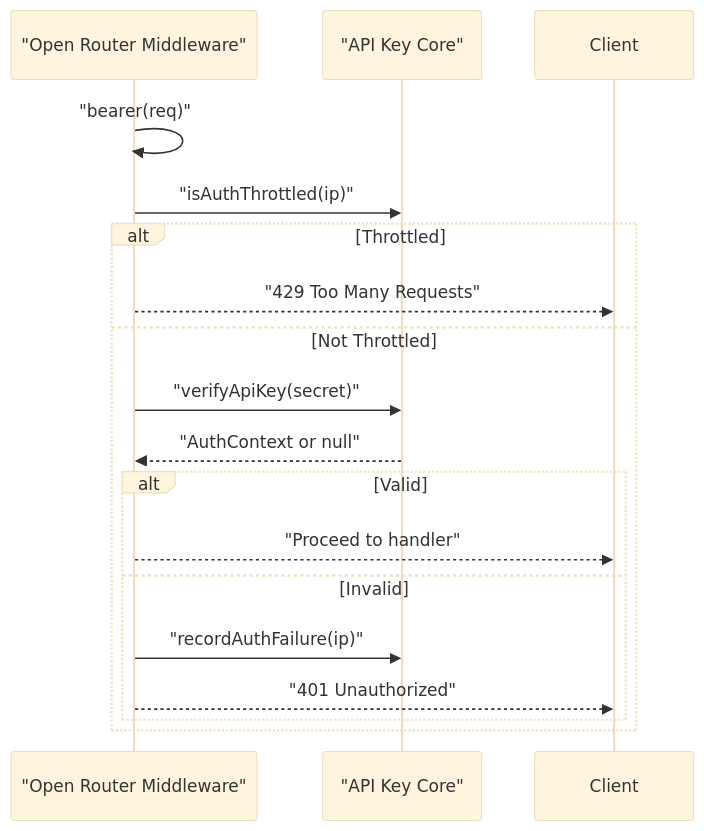
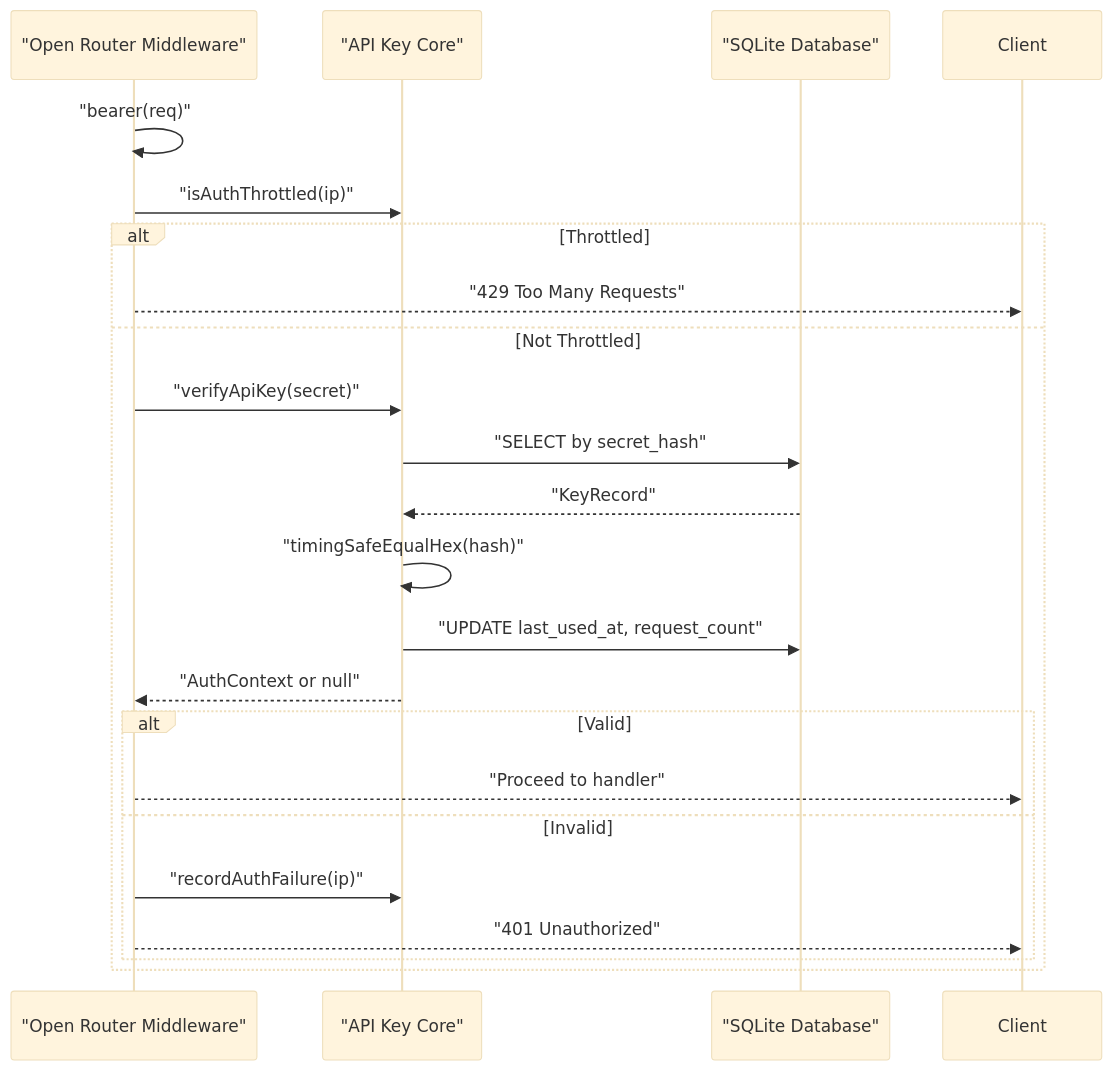
The seventh of 10 diagrams in .qoder/repowiki/en/content/Security & Authentication/API Key Management.md (dlutwuwei/mihome-web), drawn with Mermaid (base theme) before and after one commit. The commit also changed other lines of this file and 84 other files, not shown here.

````diff
--- a/.qoder/repowiki/en/content/Security & Authentication/API Key Management.md
+++ b/.qoder/repowiki/en/content/Security & Authentication/API Key Management.md
@@ -201,19 +253,24 @@
 ```mermaid
 sequenceDiagram
 participant MW as "Open Router Middleware"
 participant Core as "API Key Core"
+participant DB as "SQLite Database"
 MW->>MW : "bearer(req)"
 MW->>Core : "isAuthThrottled(ip)"
 alt Throttled
 MW-->>Client : "429 Too Many Requests"
 else Not Throttled
 MW->>Core : "verifyApiKey(secret)"
+Core->>DB : "SELECT by secret_hash"
+DB-->>Core : "KeyRecord"
+Core->>Core : "timingSafeEqualHex(hash)"
+Core->>DB : "UPDATE last_used_at, request_count"
 Core-->>MW : "AuthContext or null"
 alt Valid
 MW-->>Client : "Proceed to handler"
 else Invalid
 MW->>Core : "recordAuthFailure(ip)"
 MW-->>Client : "401 Unauthorized"
 end
 end
 ```
````
